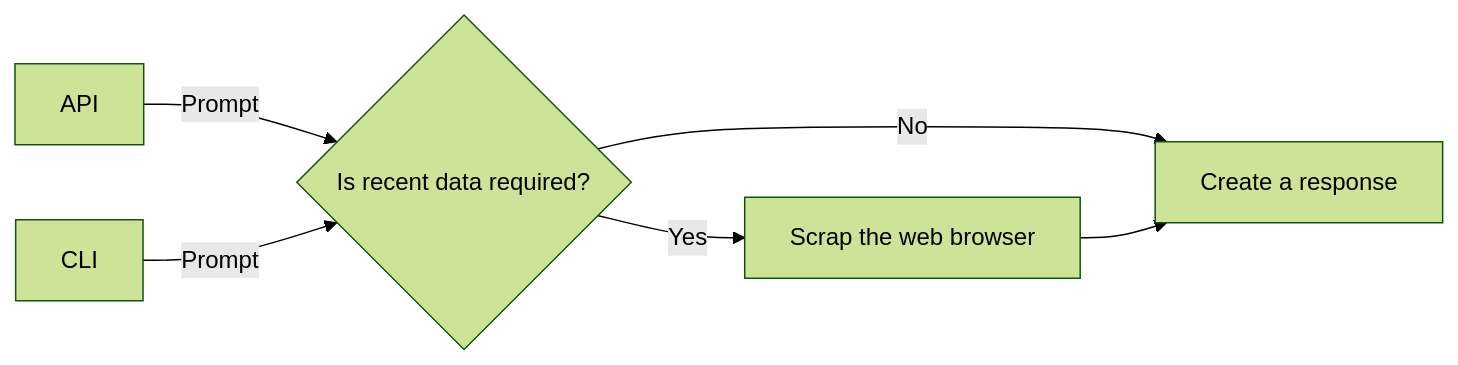
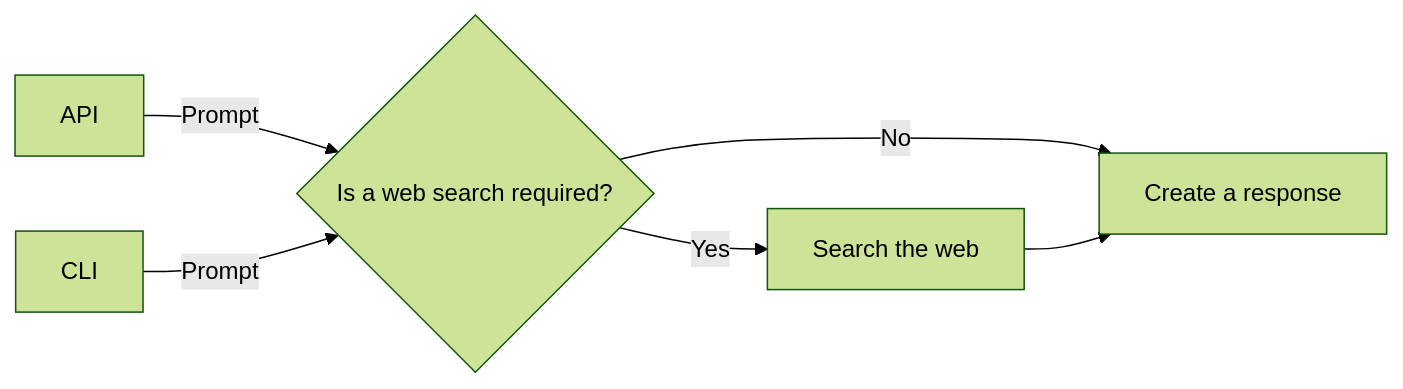
The diagram in prompt-checking/README.md (resonatehq/examples-py), drawn with Mermaid (forest theme) before and after one commit. The commit also changed other lines of this file, not shown here.

````diff
--- a/prompt-checking/README.md
+++ b/prompt-checking/README.md
@@ -7,9 +7,9 @@
 ```mermaid
 flowchart LR
 
-A[API] -->|Prompt| D{Is recent data required?}
-B[CLI] -->|Prompt| D{Is recent data required?}
-D -->|Yes| E[Scrap the web browser]
+A[API] -->|Prompt| D{Is a web search required?}
+B[CLI] -->|Prompt| D{Is a web search required?}
+D -->|Yes| E[Search the web]
 D -->|No| F[Create a response]
 E -->F[Create a response]
 ```
````
